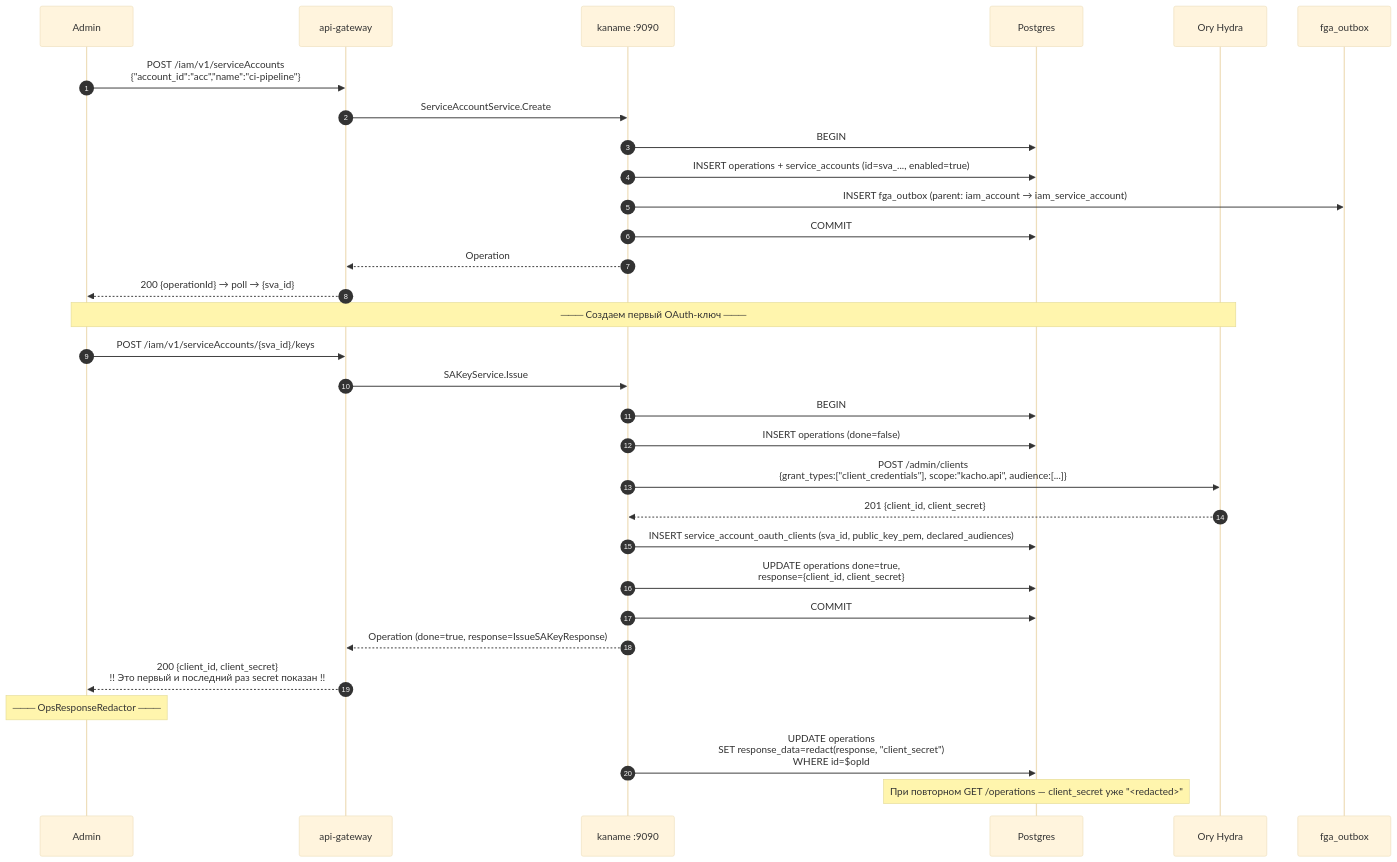
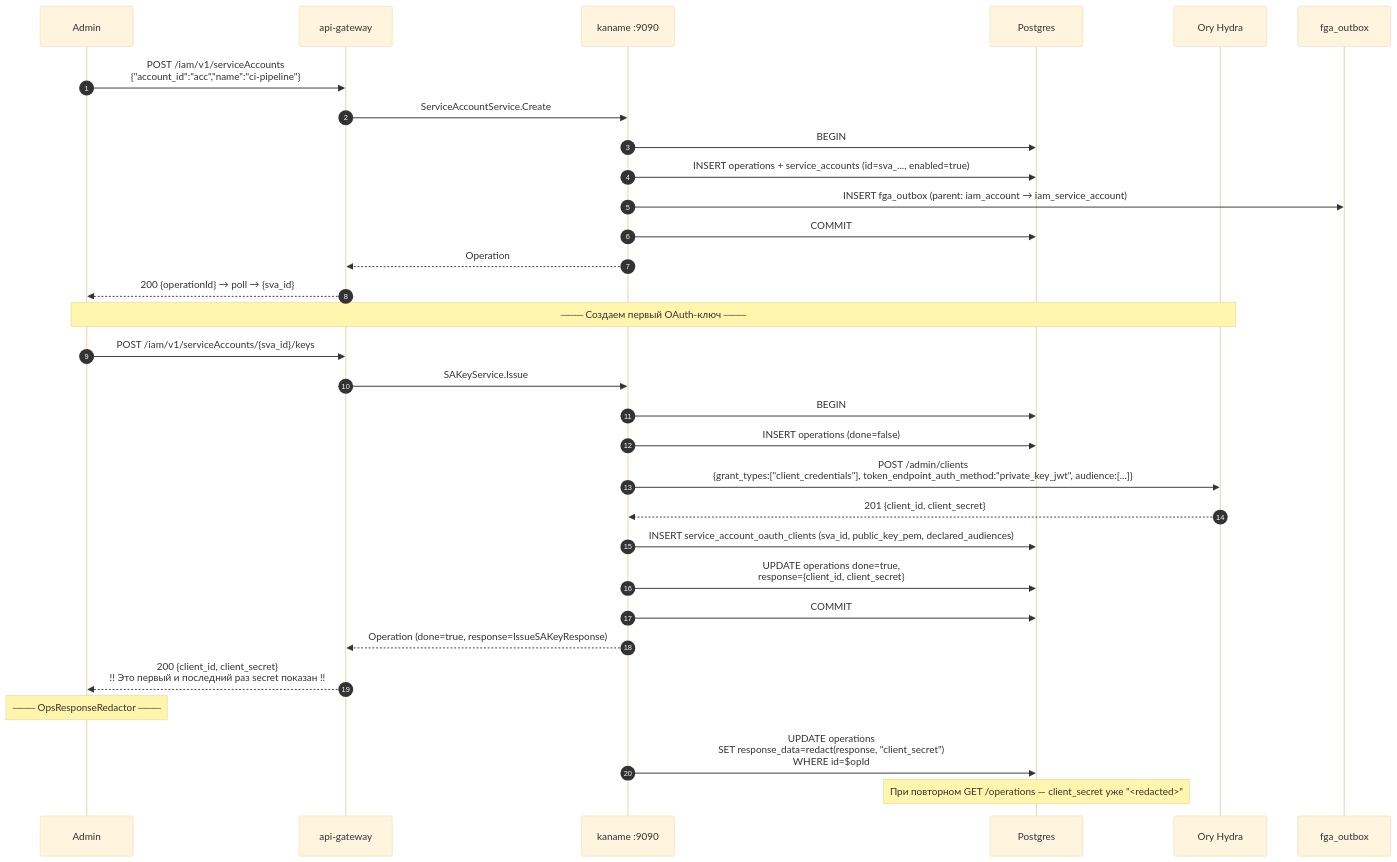
The diagram in services/iam/docs/engineering/components/04-service-account.md (PRO-Robotech/kacho), drawn with Mermaid (base theme) before and after one commit. The commit also changed 90 other files, not shown here.

````diff
--- a/services/iam/docs/engineering/components/04-service-account.md
+++ b/services/iam/docs/engineering/components/04-service-account.md
@@ -51,36 +51,36 @@
 ```mermaid
 sequenceDiagram
     autonumber
     participant Admin
     participant GW as api-gateway
     participant IAM as kaname :9090
     participant DB as Postgres
     participant Hydra as Ory Hydra
     participant Out as fga_outbox
 
     Admin->>GW: POST /iam/v1/serviceAccounts<br/>{"account_id":"acc","name":"ci-pipeline"}
     GW->>IAM: ServiceAccountService.Create
     IAM->>DB: BEGIN
     IAM->>DB: INSERT operations + service_accounts (id=sva_..., enabled=true)
     IAM->>Out: INSERT fga_outbox (parent: iam_account → iam_service_account)
     IAM->>DB: COMMIT
     IAM-->>GW: Operation
     GW-->>Admin: 200 {operationId} → poll → {sva_id}
 
     Note over Admin,Hydra: ─── Создаем первый OAuth-ключ ───
     Admin->>GW: POST /iam/v1/serviceAccounts/{sva_id}/keys
     GW->>IAM: SAKeyService.Issue
     IAM->>DB: BEGIN
     IAM->>DB: INSERT operations (done=false)
-    IAM->>Hydra: POST /admin/clients<br/>{grant_types:["client_credentials"], scope:"kacho.api", audience:[...]}
+    IAM->>Hydra: POST /admin/clients<br/>{grant_types:["client_credentials"], token_endpoint_auth_method:"private_key_jwt", audience:[...]}
     Hydra-->>IAM: 201 {client_id, client_secret}
     IAM->>DB: INSERT service_account_oauth_clients (sva_id, public_key_pem, declared_audiences)
     IAM->>DB: UPDATE operations done=true,<br/>response={client_id, client_secret}
     IAM->>DB: COMMIT
     IAM-->>GW: Operation (done=true, response=IssueSAKeyResponse)
     GW-->>Admin: 200 {client_id, client_secret}<br/>!! Это первый и последний раз secret показан !!
 
     Note over Admin: ─── OpsResponseRedactor ───
     IAM->>DB: UPDATE operations<br/>SET response_data=redact(response, "client_secret")<br/>WHERE id=$opId
     Note over DB: При повторном GET /operations — client_secret уже "<redacted>"
 ```
````
